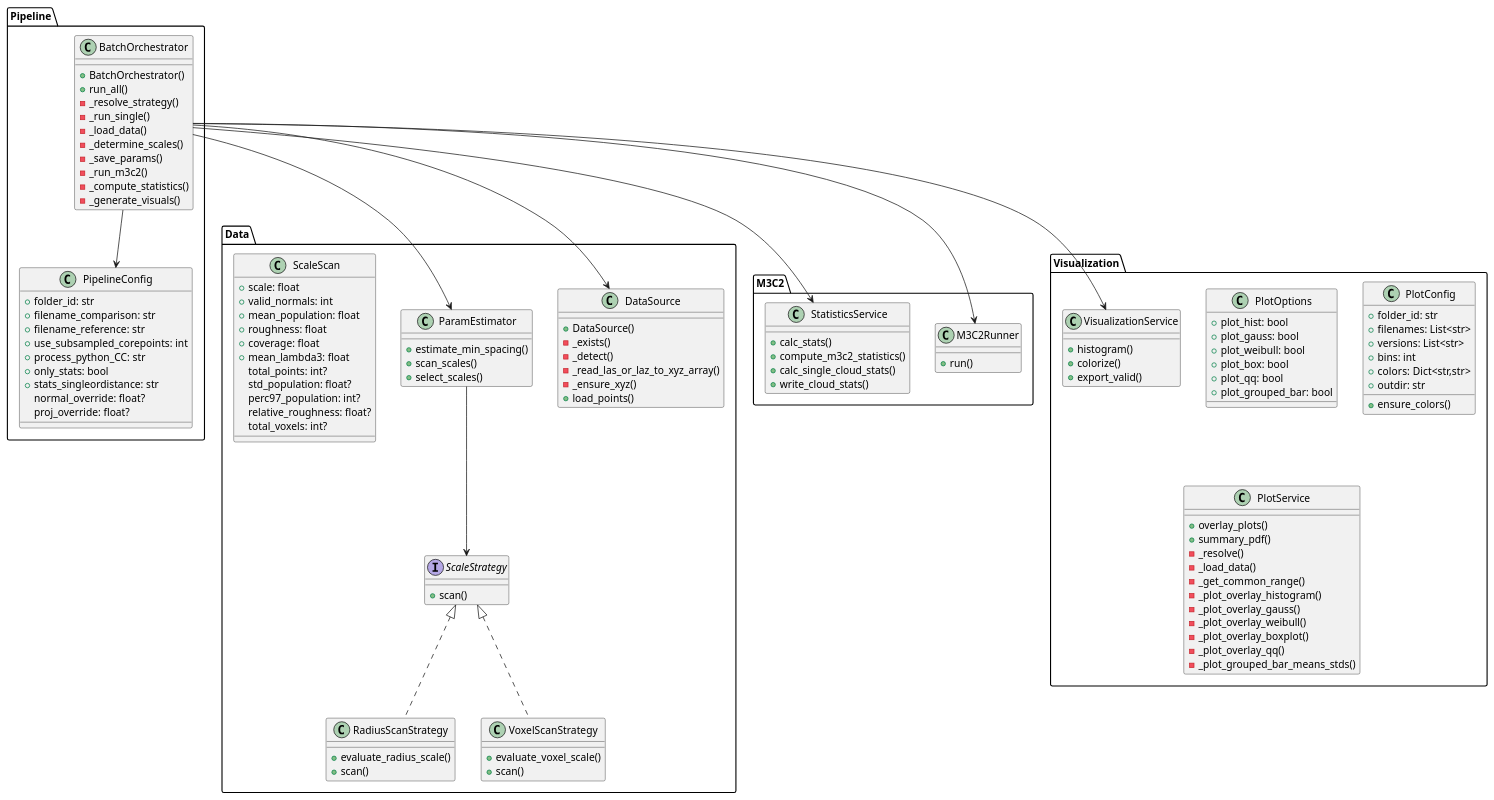
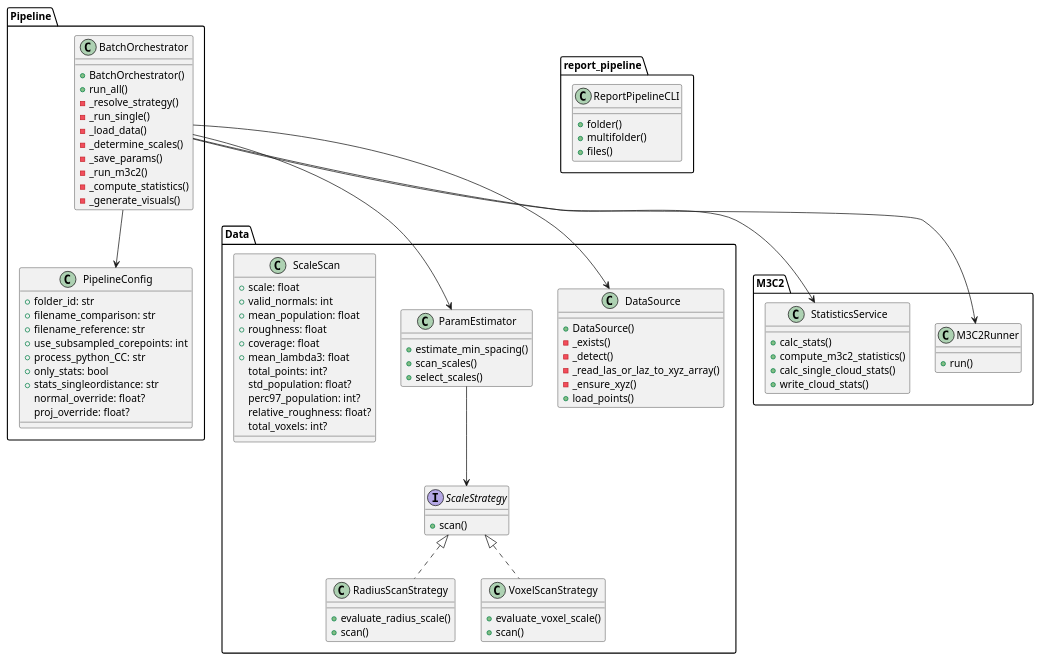
One commit to sigi-campus02/M3C2 changed the diagram in docu/uml/uml.md. Above: the diagram before and after it, drawn with PlantUML. The commit also changed 18 other files, not shown here.

```diff
--- a/docu/uml/uml.md
+++ b/docu/uml/uml.md
@@ -93,60 +93,26 @@
   }
 }
 
-' =======================
-'   Visualization & Plots
-' =======================
-package "Visualization" {
-  class VisualizationService {
-    +histogram()
-    +colorize()
-    +export_valid()
-  }
+ ' =======================
+ '   Reporting CLI
+ ' =======================
+ package "report_pipeline" {
+   class ReportPipelineCLI {
+     +folder()
+     +multifolder()
+     +files()
+   }
+ }
 
-  class PlotOptions {
-    +plot_hist: bool
-    +plot_gauss: bool
-    +plot_weibull: bool
-    +plot_box: bool
-    +plot_qq: bool
-    +plot_grouped_bar: bool
-  }
-
-  class PlotConfig {
-    +folder_id: str
-    +filenames: List<str>
-    +versions: List<str>
-    +bins: int
-    +colors: Dict<str,str>
-    +outdir: str
-    +ensure_colors()
-  }
-
-  class PlotService {
-    +overlay_plots()
-    +summary_pdf()
-    -_resolve()
-    -_load_data()
-    -_get_common_range()
-    -_plot_overlay_histogram()
-    -_plot_overlay_gauss()
-    -_plot_overlay_weibull()
-    -_plot_overlay_boxplot()
-    -_plot_overlay_qq()
-    -_plot_grouped_bar_means_stds()
-  }
-}
-
-' =======================
-'   Beziehungen
-' =======================
-BatchOrchestrator --> PipelineConfig
-BatchOrchestrator --> DataSource
-BatchOrchestrator --> ParamEstimator
-BatchOrchestrator --> M3C2Runner
-BatchOrchestrator --> VisualizationService
-BatchOrchestrator --> StatisticsService
-ParamEstimator --> ScaleStrategy
-ScaleStrategy <|.. RadiusScanStrategy
+ ' =======================
+ '   Beziehungen
+ ' =======================
+ BatchOrchestrator --> PipelineConfig
+ BatchOrchestrator --> DataSource
+ BatchOrchestrator --> ParamEstimator
+ BatchOrchestrator --> M3C2Runner
+ BatchOrchestrator --> StatisticsService
+ ParamEstimator --> ScaleStrategy
+ ScaleStrategy <|.. RadiusScanStrategy
 ScaleStrategy <|.. VoxelScanStrategy
 @enduml
```
